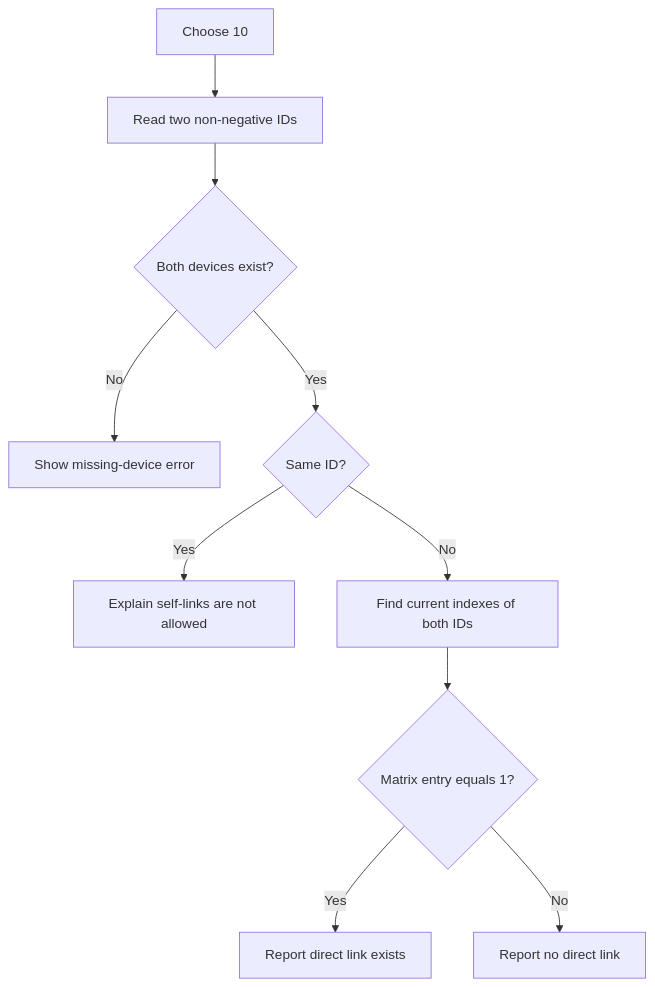
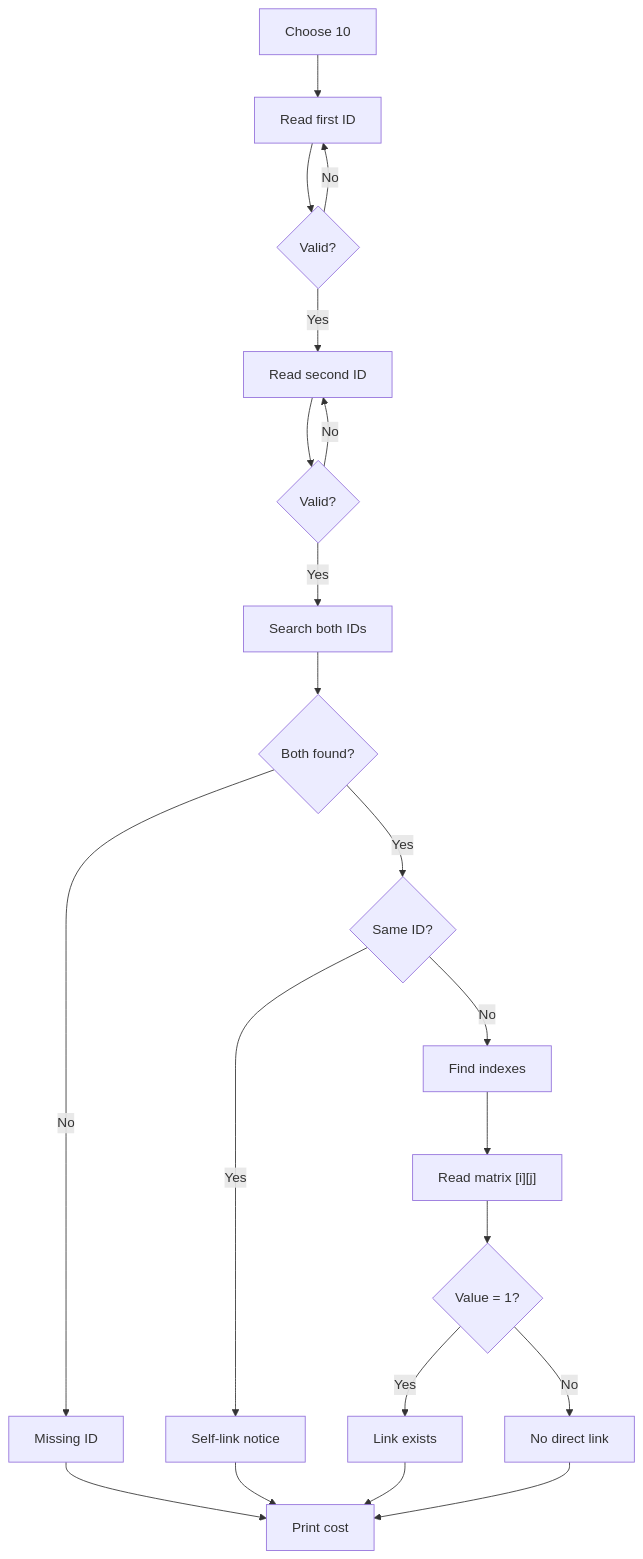
Diagram 11 of 11 in docs/WORKFLOWS.md (Kanechiii/nodex), drawn with Mermaid before and after one commit. The commit also changed other lines of this file and 5 other files, not shown here.

````diff
--- a/docs/WORKFLOWS.md
+++ b/docs/WORKFLOWS.md
@@ -253,12 +307,23 @@
 ```mermaid
 flowchart TD
-    A["Choose 10"] --> B["Read two non-negative IDs"]
-    B --> C{"Both devices exist?"}
-    C -->|"No"| X["Show missing-device error"]
-    C -->|"Yes"| D{"Same ID?"}
-    D -->|"Yes"| Y["Explain self-links are not allowed"]
-    D -->|"No"| E["Find current indexes of both IDs"]
-    E --> F{"Matrix entry equals 1?"}
-    F -->|"Yes"| G["Report direct link exists"]
-    F -->|"No"| H["Report no direct link"]
+    A["Choose 10"] --> B["Read first ID"]
+    B --> C{"Valid?"}
+    C -->|"No"| B
+    C -->|"Yes"| D["Read second ID"]
+    D --> E{"Valid?"}
+    E -->|"No"| D
+    E -->|"Yes"| F["Search both IDs"]
+    F --> G{"Both found?"}
+    G -->|"No"| X["Missing ID"]
+    G -->|"Yes"| H{"Same ID?"}
+    H -->|"Yes"| Y["Self-link notice"]
+    H -->|"No"| I["Find indexes"]
+    I --> J["Read matrix [i][j]"]
+    J --> K{"Value = 1?"}
+    K -->|"Yes"| L["Link exists"]
+    K -->|"No"| M["No direct link"]
+    X --> Z["Print cost"]
+    Y --> Z
+    L --> Z
+    M --> Z
 ```
````
